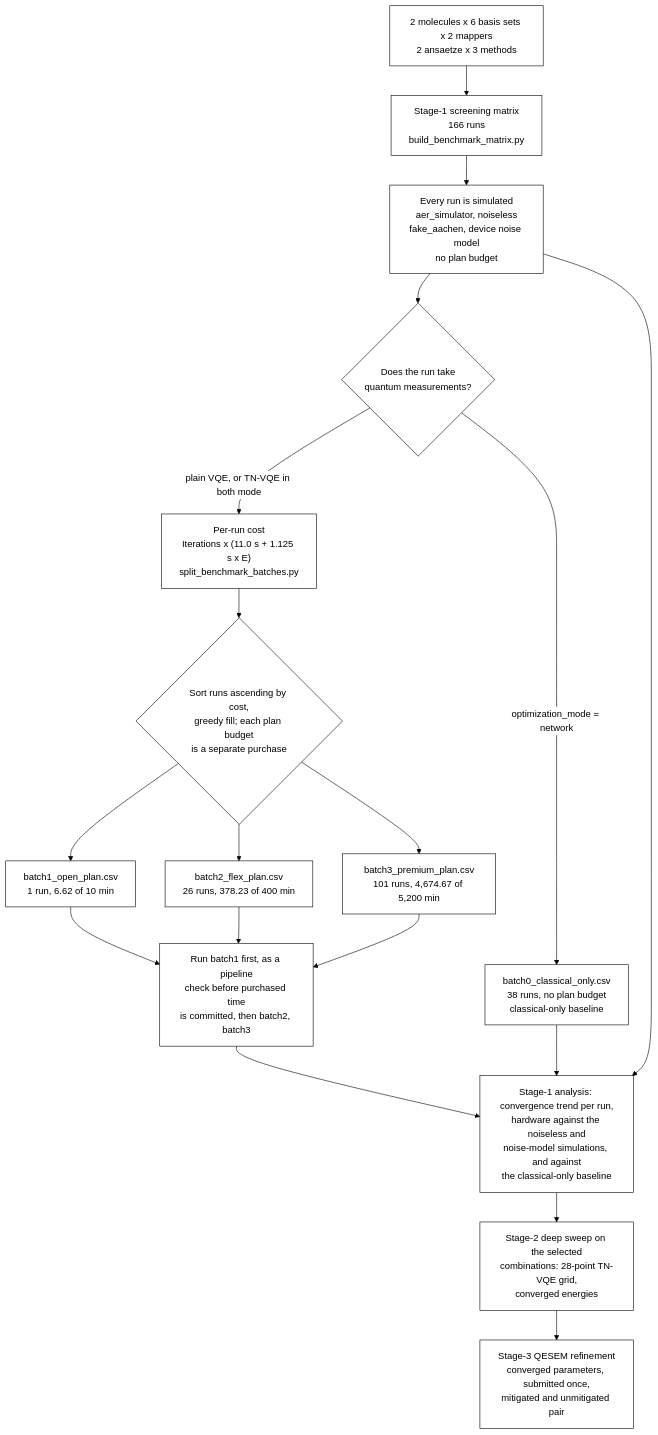
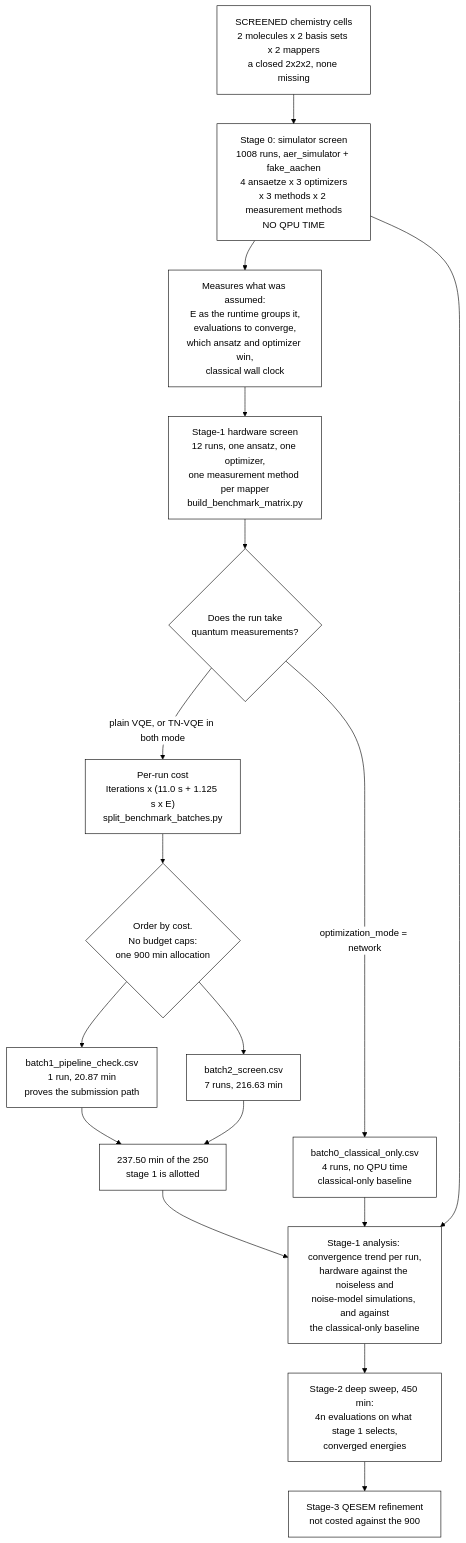
The diagram in data/benchmarks/ibm_tn-vqe_qesem/README.md (MQSdk/qpubench), drawn with Mermaid before and after one commit. The commit also changed other lines of this file and 27 other files, not shown here.

First line of the commit message:
Rebuild stage 0 as a full factorial screen on the simulator

````diff
--- a/data/benchmarks/ibm_tn-vqe_qesem/README.md
+++ b/data/benchmarks/ibm_tn-vqe_qesem/README.md
@@ -300,28 +480,27 @@
 ```mermaid
 %%{init: {"theme": "base", "themeVariables": {"background": "#ffffff", "primaryColor": "#ffffff", "primaryBorderColor": "#000000", "primaryTextColor": "#000000", "lineColor": "#000000", "secondaryColor": "#ffffff", "tertiaryColor": "#ffffff", "clusterBkg": "#ffffff", "clusterBorder": "#000000", "edgeLabelBackground": "#ffffff", "fontFamily": "monospace"}}}%%
 flowchart TD
-    A["2 molecules x 6 basis sets x 2 mappers<br/>2 ansaetze x 3 methods"]
-    A --> B["Stage-1 screening matrix<br/>166 runs<br/>build_benchmark_matrix.py"]
-    B --> S["Every run is simulated<br/>aer_simulator, noiseless<br/>fake_aachen, device noise model<br/>no plan budget"]
+    A["SCREENED chemistry cells<br/>2 molecules x 2 basis sets x 2 mappers<br/>a closed 2x2x2, none missing"]
+    A --> S["Stage 0: simulator screen<br/>1008 runs, aer_simulator + fake_aachen<br/>4 ansaetze x 3 optimizers<br/>x 3 methods x 2 measurement methods<br/>NO QPU TIME"]
+    S --> M["Measures what was assumed:<br/>E as the runtime groups it,<br/>evaluations to converge,<br/>which ansatz and optimizer win,<br/>classical wall clock"]
+    M --> B["Stage-1 hardware screen<br/>12 runs, one ansatz, one optimizer,<br/>one measurement method per mapper<br/>build_benchmark_matrix.py"]
 
-    S --> Z{"Does the run take<br/>quantum measurements?"}
-    Z -->|"optimization_mode = network"| Y["batch0_classical_only.csv<br/>38 runs, no plan budget<br/>classical-only baseline"]
+    B --> Z{"Does the run take<br/>quantum measurements?"}
+    Z -->|"optimization_mode = network"| Y["batch0_classical_only.csv<br/>4 runs, no QPU time<br/>classical-only baseline"]
     Z -->|"plain VQE, or TN-VQE in both mode"| C["Per-run cost<br/>Iterations x (11.0 s + 1.125 s x E)<br/>split_benchmark_batches.py"]
 
-    C --> H{"Sort runs ascending by cost,<br/>greedy fill; each plan budget<br/>is a separate purchase"}
-    H --> I["batch1_open_plan.csv<br/>1 run, 6.62 of 10 min"]
-    H --> J["batch2_flex_plan.csv<br/>26 runs, 378.23 of 400 min"]
-    H --> K["batch3_premium_plan.csv<br/>101 runs, 4,674.67 of 5,200 min"]
-    I --> R["Run batch1 first, as a pipeline<br/>check before purchased time<br/>is committed, then batch2, batch3"]
+    C --> H{"Order by cost.<br/>No budget caps:<br/>one 900 min allocation"}
+    H --> I["batch1_pipeline_check.csv<br/>1 run, 20.87 min<br/>proves the submission path"]
+    H --> J["batch2_screen.csv<br/>7 runs, 216.63 min"]
+    I --> R["237.50 min of the 250<br/>stage 1 is allotted"]
     J --> R
-    K --> R
 
     R --> N["Stage-1 analysis: convergence trend per run,<br/>hardware against the noiseless and<br/>noise-model simulations, and against<br/>the classical-only baseline"]
     Y --> N
     S --> N
-    N --> O["Stage-2 deep sweep on the selected<br/>combinations: 28-point TN-VQE grid,<br/>converged energies"]
-    O --> P["Stage-3 QESEM refinement<br/>converged parameters, submitted once,<br/>mitigated and unmitigated pair"]
+    N --> O["Stage-2 deep sweep, 450 min:<br/>4n evaluations on what stage 1 selects,<br/>converged energies"]
+    O --> P["Stage-3 QESEM refinement<br/>not costed against the 900"]
 
     classDef bw fill:#ffffff,stroke:#000000,stroke-width:1px,color:#000000
-    class A,B,C,H,I,J,K,N,O,P,R,S,Y,Z bw
+    class A,B,C,H,I,J,M,N,O,P,R,S,Y,Z bw
 ```
````
